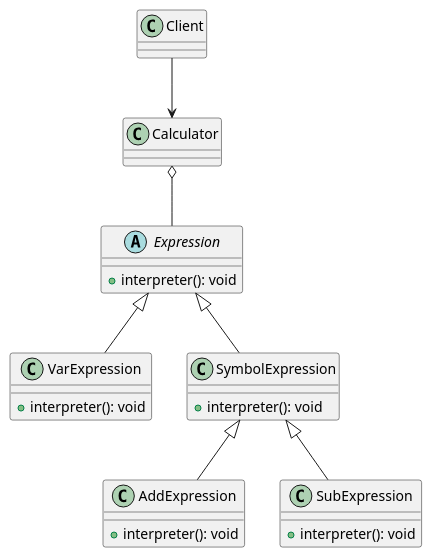
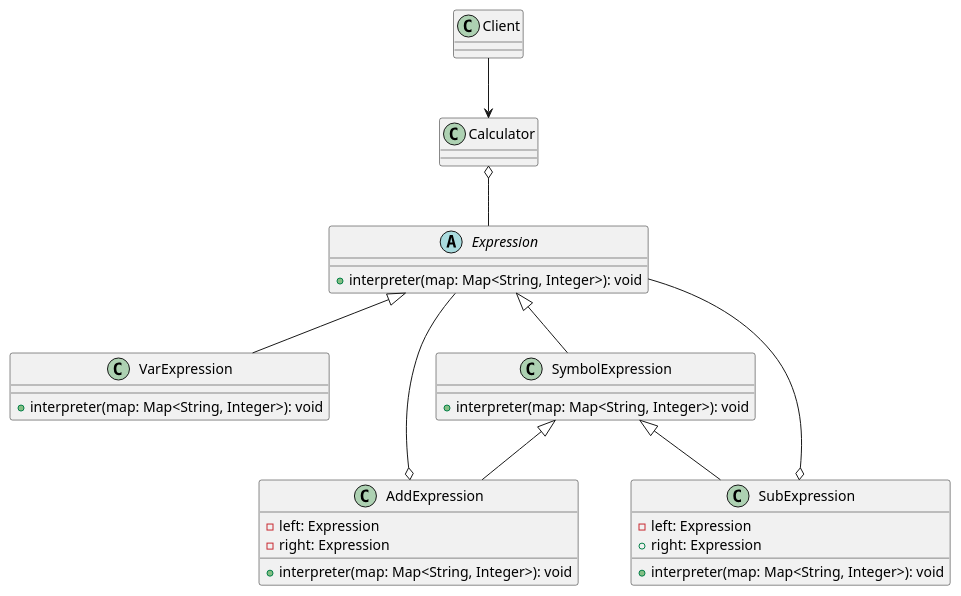
Before and after one commit to yimingyu1/designModel: the diagram in src/main/java/interpreter/calculator.puml, drawn with PlantUML. The commit also changed 16 other files, not shown here.

```diff
--- a/src/main/java/interpreter/calculator.puml
+++ b/src/main/java/interpreter/calculator.puml
@@ -1,26 +1,31 @@
 @startuml
 class Client
 class Calculator
 abstract class Expression{
-    + interpreter(): void
+    + interpreter(map: Map<String, Integer>): void
 }
 class VarExpression{
-    + interpreter(): void
+    + interpreter(map: Map<String, Integer>): void
 }
 class SymbolExpression{
-    + interpreter(): void
+    + interpreter(map: Map<String, Integer>): void
 }
 class AddExpression{
-    + interpreter(): void
+    - left: Expression
+    - right: Expression
+    + interpreter(map: Map<String, Integer>): void
 }
 class SubExpression{
-    + interpreter(): void
+    - left: Expression
+    + right: Expression
+    + interpreter(map: Map<String, Integer>): void
 }
 Client --> Calculator
 Calculator o-- Expression
 Expression <|-- VarExpression
 Expression <|-- SymbolExpression
 SymbolExpression <|-- AddExpression
 SymbolExpression <|-- SubExpression
-
+AddExpression o-- Expression
+SubExpression o-- Expression
 @enduml
```
